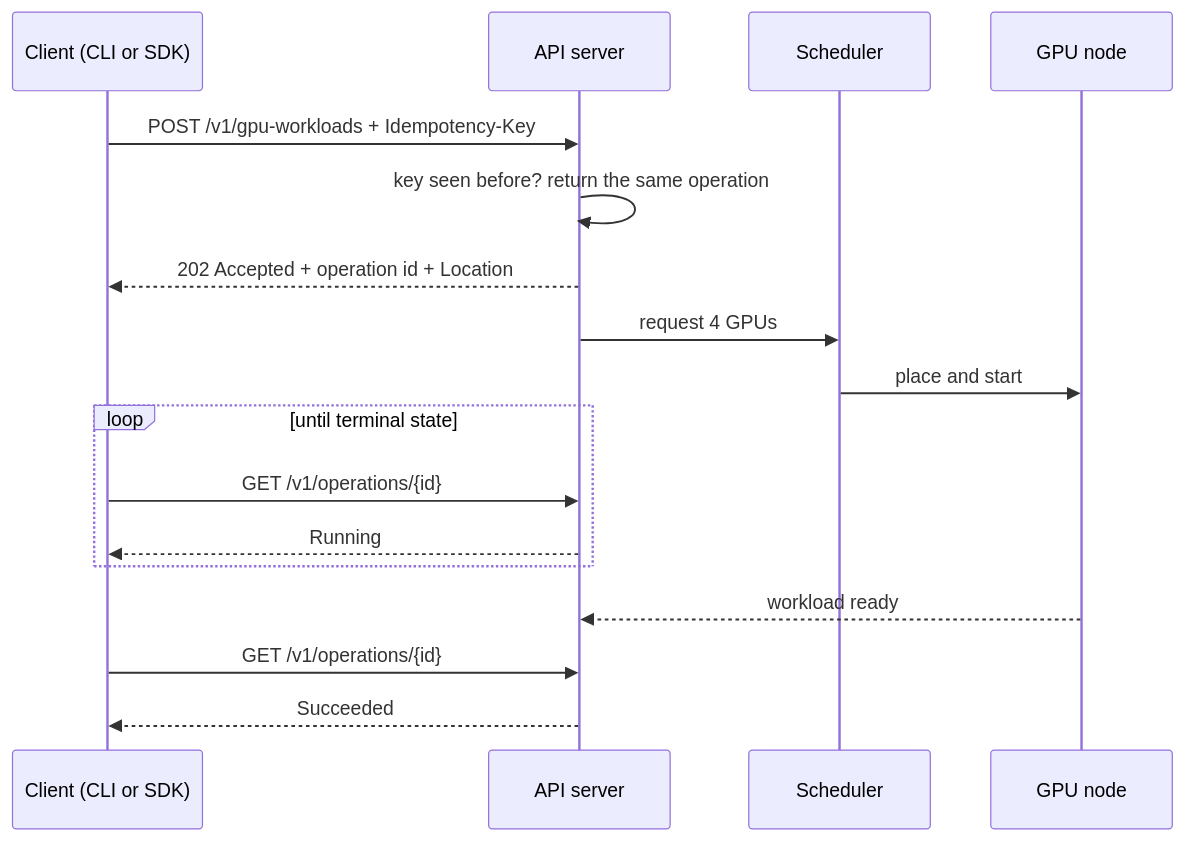
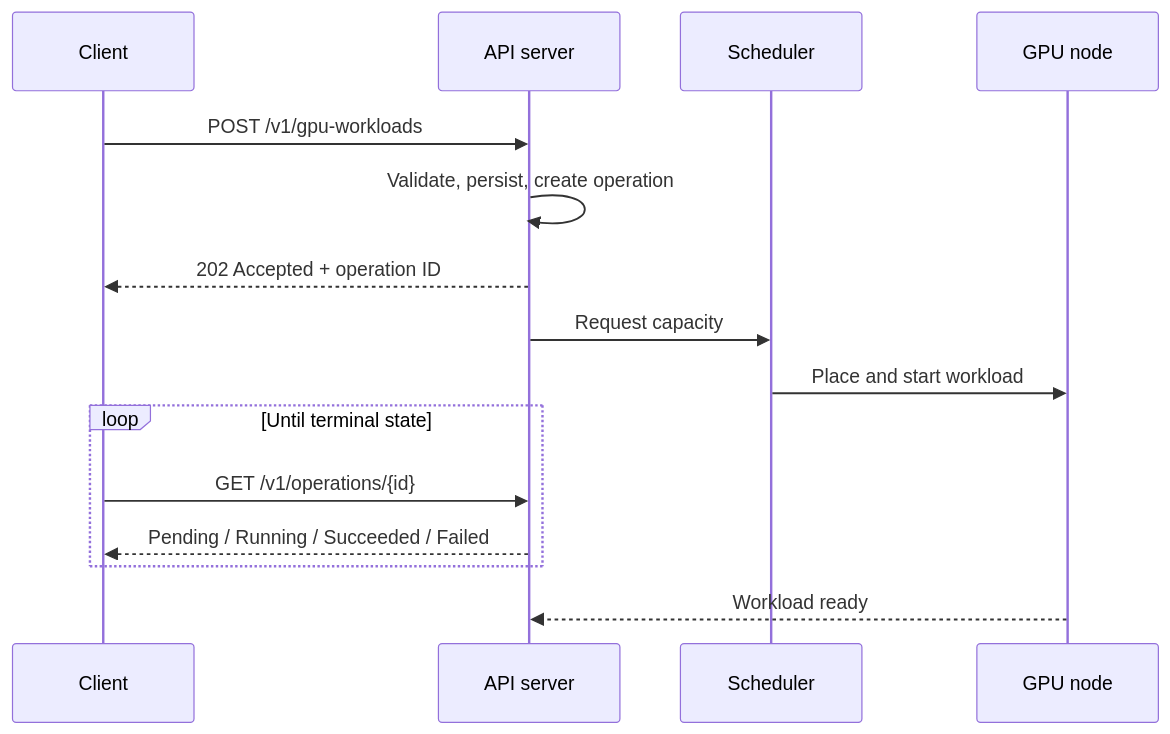
One commit to arpanpathak/cracking-the-systems-programming-interview changed the first of 5 diagrams in systems_design/03-gpu-cloud-control-plane.md. Above: the diagram before and after it, drawn with Mermaid. The commit also changed other lines of this file and 6 other files, not shown here.

````diff
--- a/systems_design/03-gpu-cloud-control-plane.md
+++ b/systems_design/03-gpu-cloud-control-plane.md
@@ -92,20 +18,18 @@
 ```mermaid
 sequenceDiagram
-    participant CLIENT as Client (CLI or SDK)
-    participant API as API server
-    participant SCHED as Scheduler
-    participant NODE as GPU node
+    participant C as Client
+    participant A as API server
+    participant S as Scheduler
+    participant N as GPU node
 
-    CLIENT->>API: POST /v1/gpu-workloads + Idempotency-Key
-    API->>API: key seen before? return the same operation
-    API-->>CLIENT: 202 Accepted + operation id + Location
-    API->>SCHED: request 4 GPUs
-    SCHED->>NODE: place and start
-    loop until terminal state
-        CLIENT->>API: GET /v1/operations/{id}
-        API-->>CLIENT: Running
+    C->>A: POST /v1/gpu-workloads
+    A->>A: Validate, persist, create operation
+    A-->>C: 202 Accepted + operation ID
+    A->>S: Request capacity
+    S->>N: Place and start workload
+    loop Until terminal state
+        C->>A: GET /v1/operations/{id}
+        A-->>C: Pending / Running / Succeeded / Failed
     end
-    NODE-->>API: workload ready
-    CLIENT->>API: GET /v1/operations/{id}
-    API-->>CLIENT: Succeeded
+    N-->>A: Workload ready
 ```
````
